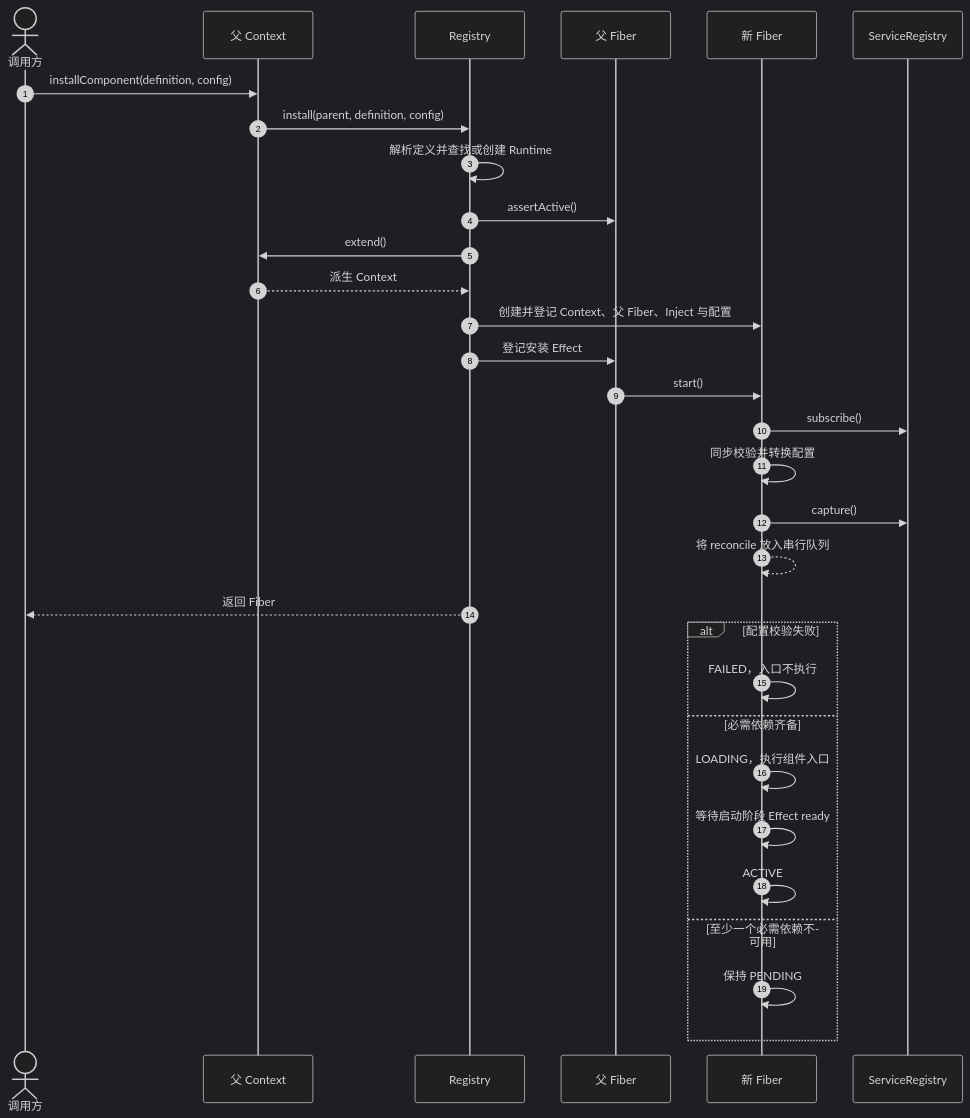
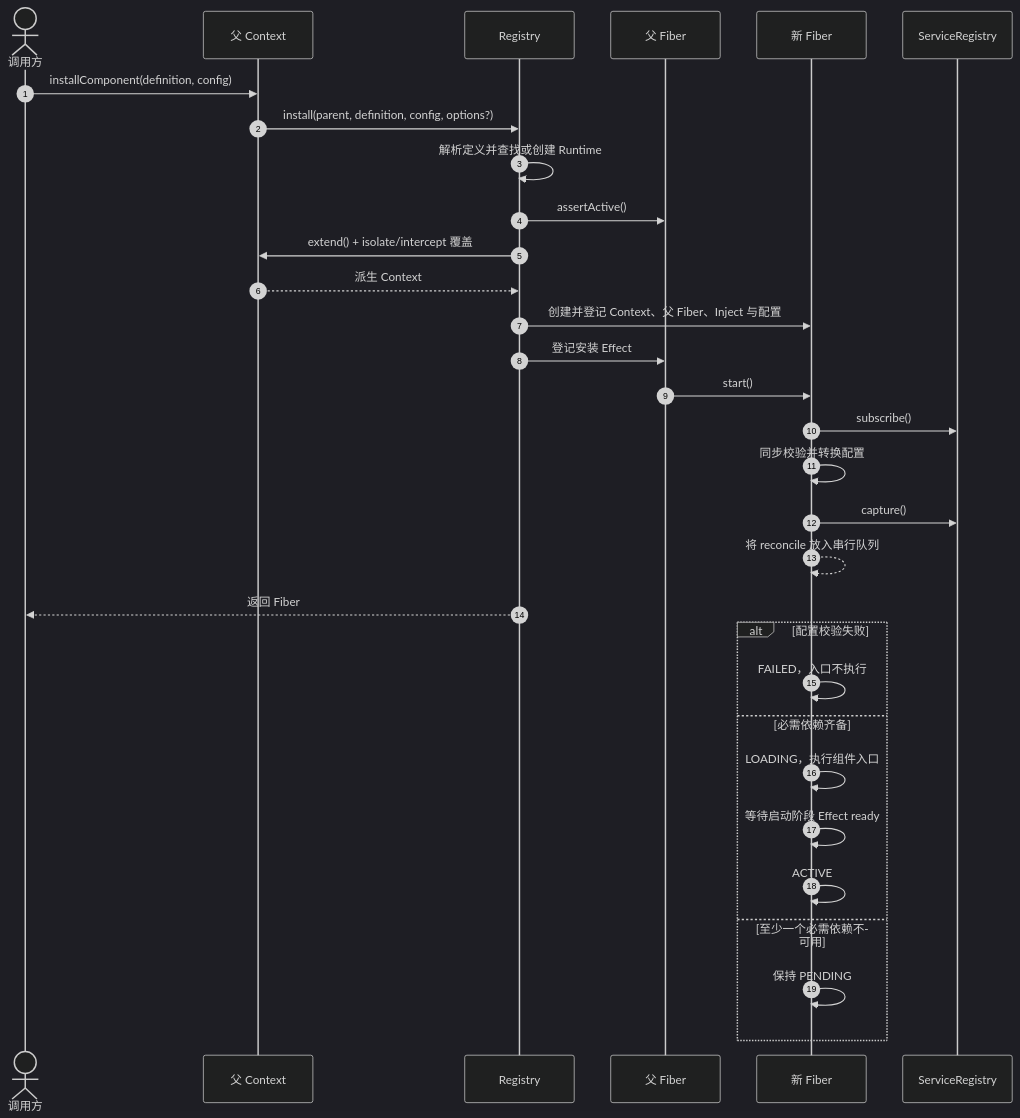
Before and after one commit to fanfan-de/NyaCore: the fifth of 9 diagrams in docs/architecture.md, drawn with Mermaid (dark theme). The commit also changed other lines of this file and 38 other files, not shown here.

````diff
--- a/docs/architecture.md
+++ b/docs/architecture.md
@@ -212,35 +215,35 @@
 ```mermaid
 sequenceDiagram
     autonumber
     actor Caller as 调用方
     participant Context as 父 Context
     participant Registry as Registry
     participant Parent as 父 Fiber
     participant Fiber as 新 Fiber
     participant Services as ServiceRegistry
 
     Caller->>Context: installComponent(definition, config)
-    Context->>Registry: install(parent, definition, config)
+    Context->>Registry: install(parent, definition, config, options?)
     Registry->>Registry: 解析定义并查找或创建 Runtime
     Registry->>Parent: assertActive()
-    Registry->>Context: extend()
+    Registry->>Context: extend() + isolate/intercept 覆盖
     Context-->>Registry: 派生 Context
     Registry->>Fiber: 创建并登记 Context、父 Fiber、Inject 与配置
     Registry->>Parent: 登记安装 Effect
     Parent->>Fiber: start()
     Fiber->>Services: subscribe()
     Fiber->>Fiber: 同步校验并转换配置
     Fiber->>Services: capture()
     Fiber-->>Fiber: 将 reconcile 放入串行队列
     Registry-->>Caller: 返回 Fiber
 
     alt 配置校验失败
         Fiber->>Fiber: FAILED，入口不执行
     else 必需依赖齐备
         Fiber->>Fiber: LOADING，执行组件入口
         Fiber->>Fiber: 等待启动阶段 Effect ready
         Fiber->>Fiber: ACTIVE
     else 至少一个必需依赖不可用
         Fiber->>Fiber: 保持 PENDING
     end
 ```
````
